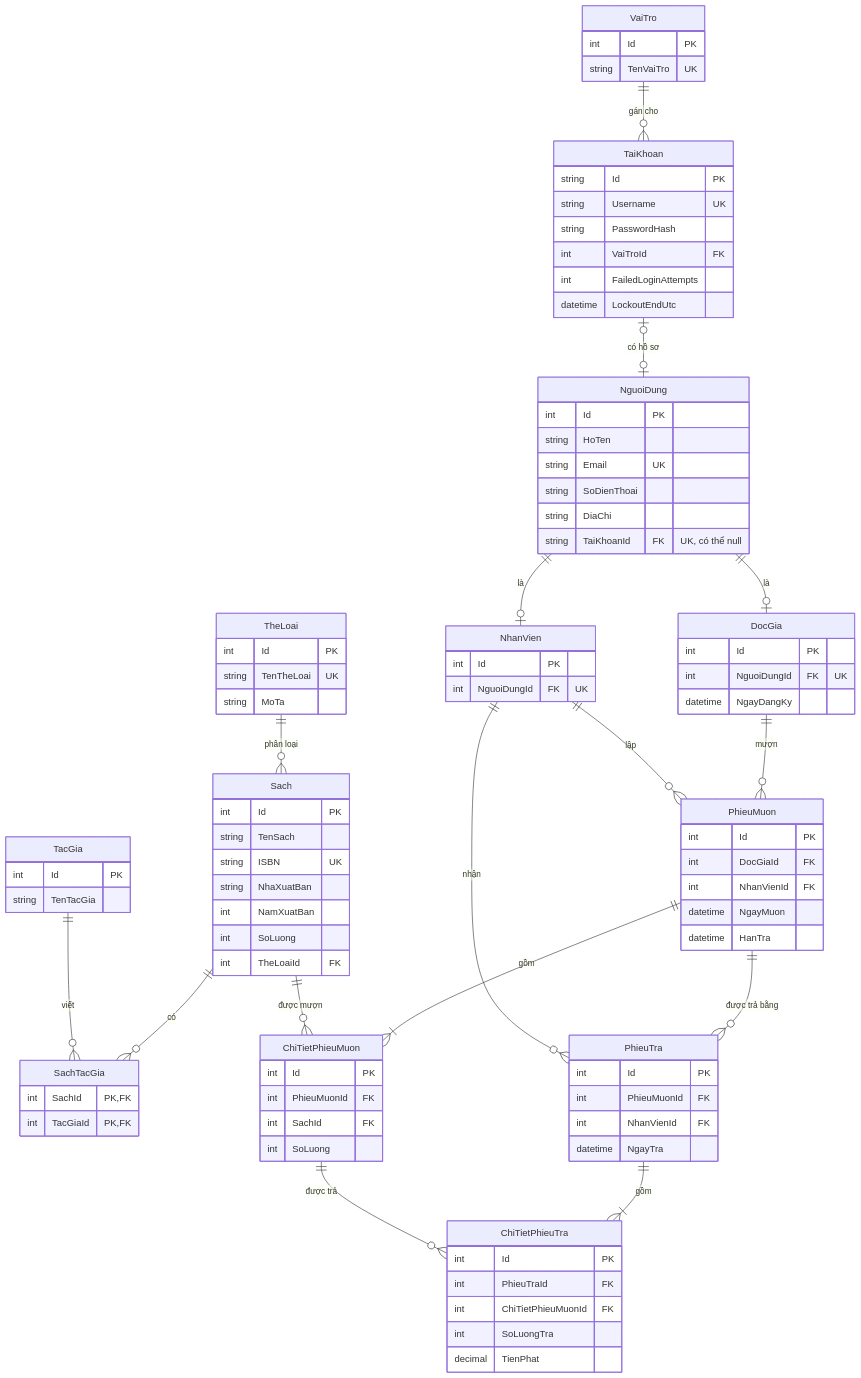
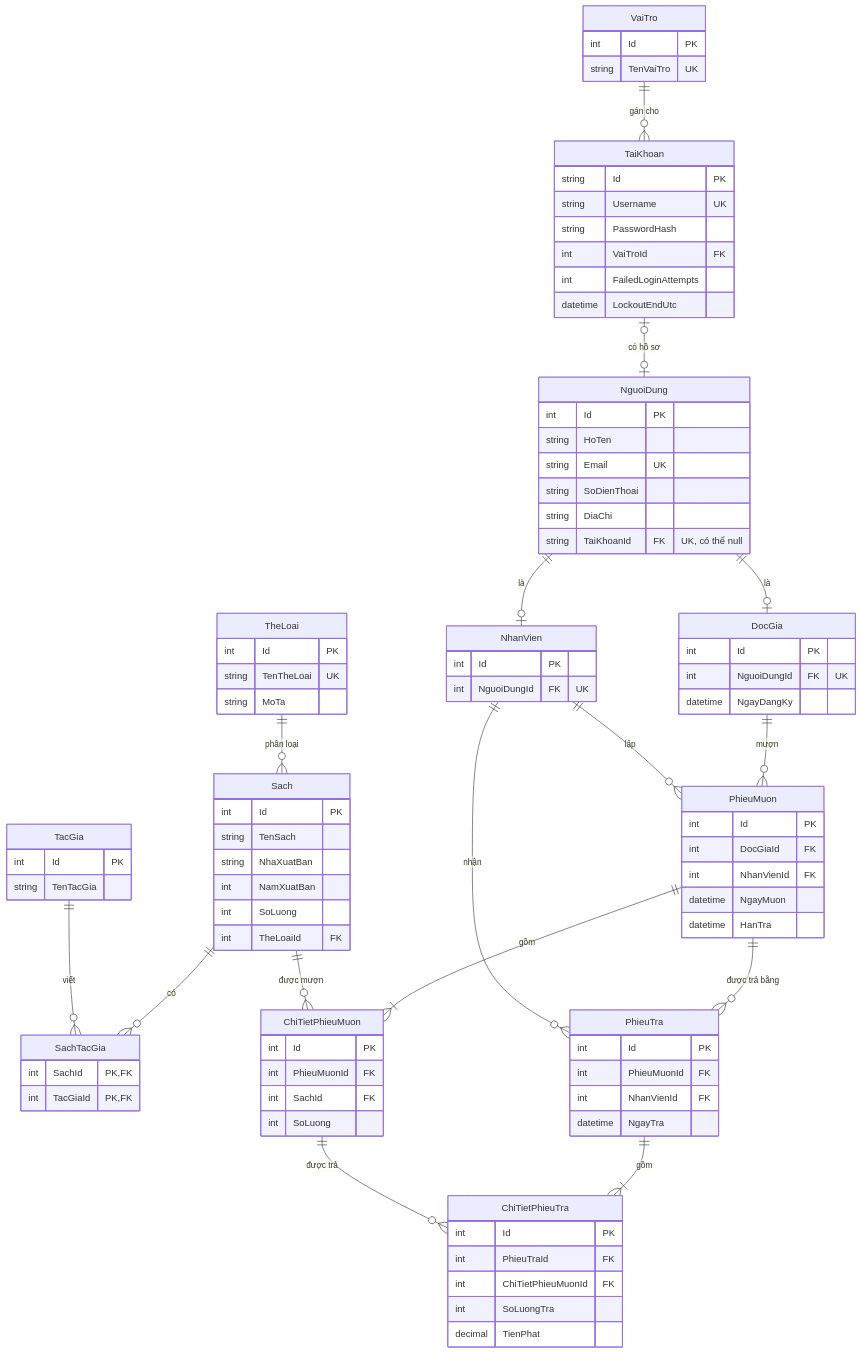
One commit to KiuKuma/quan-ly-muon-tra-sach-thu-vien changed the second of 2 diagrams in docs/ERD.md. Above: the diagram before and after it, drawn with Mermaid. The commit also changed other lines of this file and 11 other files, not shown here.

```diff
--- a/docs/ERD.md
+++ b/docs/ERD.md
@@ -167,7 +166,6 @@
     Sach {
         int Id PK
         string TenSach
-        string ISBN UK
         string NhaXuatBan
         int NamXuatBan
         int SoLuong
```
